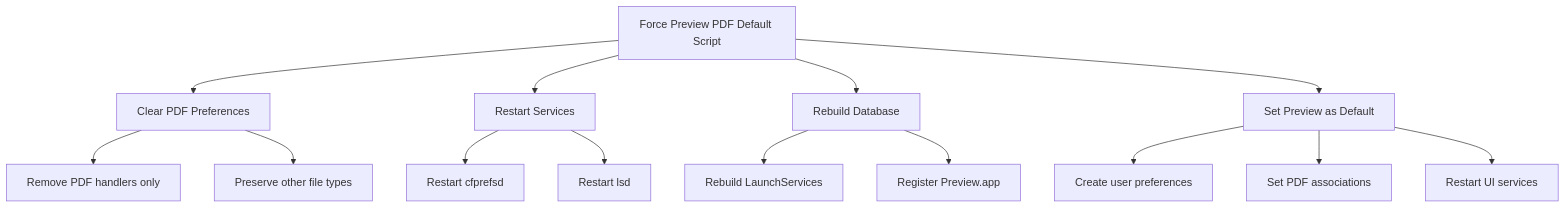
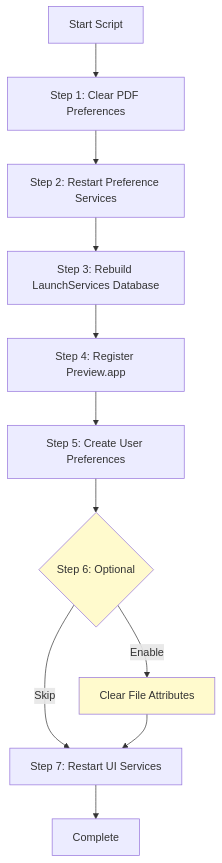
The diagram in README.md (superuserjr/force-preview-pdf), drawn with Mermaid before and after one commit. The commit also changed other lines of this file and 1 other file, not shown here.

Commit message:
Update force_preview_pdf_default_mdm.sh and README.md - Commented out optional step to clear file-specific PDF associations due to performance concerns. Enhanced README to clarify the purpose and implications of this step, including instructions for enabling it if needed.

````diff
--- a/README.md
+++ b/README.md
@@ -105,20 +105,16 @@
 ```mermaid
 graph TD
-    A[Force Preview PDF Default Script] --> B[Clear PDF Preferences]
-    A --> C[Restart Services]
-    A --> D[Rebuild Database]
-    A --> E[Set Preview as Default]
+    A[Start Script] --> B[Step 1: Clear PDF Preferences]
+    B --> C[Step 2: Restart Preference Services]
+    C --> D[Step 3: Rebuild LaunchServices Database]
+    D --> E[Step 4: Register Preview.app]
+    E --> F[Step 5: Create User Preferences]
+    F --> G{Step 6: Optional}
+    G -->|Skip| H[Step 7: Restart UI Services]
+    G -->|Enable| I[Clear File Attributes]
+    I --> H
+    H --> J[Complete]
     
-    B --> B1[Remove PDF handlers only]
-    B --> B2[Preserve other file types]
-    
-    C --> C1[Restart cfprefsd]
-    C --> C2[Restart lsd]
-    
-    D --> D1[Rebuild LaunchServices]
-    D --> D2[Register Preview.app]
-    
-    E --> E1[Create user preferences]
-    E --> E2[Set PDF associations]
-    E --> E3[Restart UI services]
+    style G fill:#fffacd
+    style I fill:#fffacd
 ```
````
